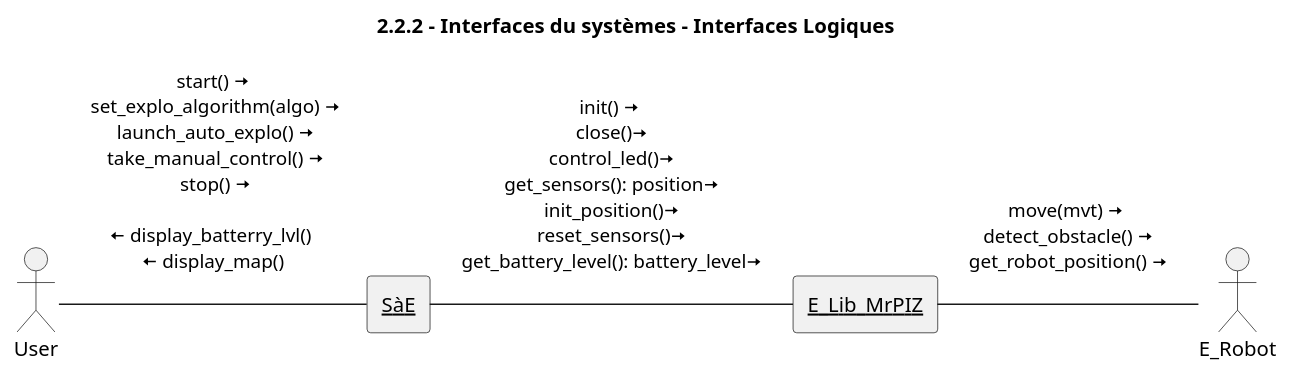
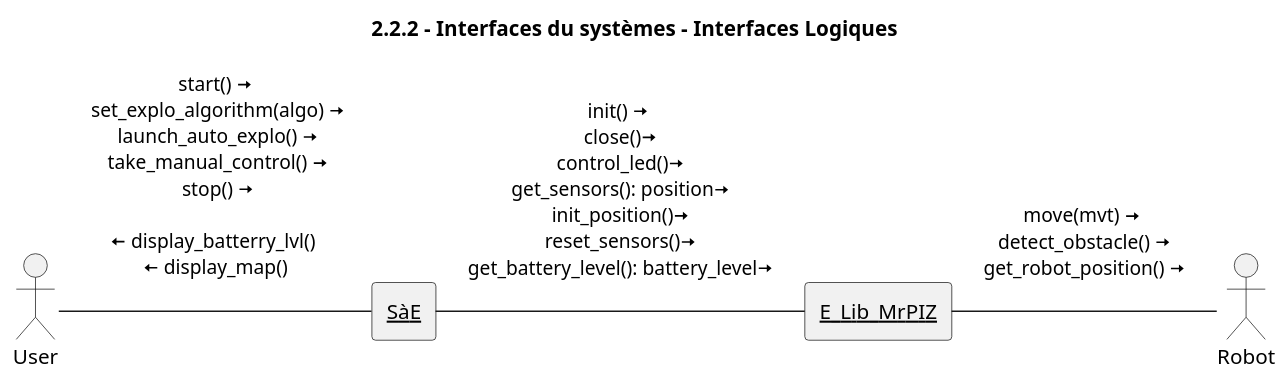
One commit to Larson-09/PATO_Project changed the diagram in Diagrammes UML/2.2.2 - Interfaces du systèmes - Interfaces Logiques/2.2.2 - Interfaces du systèmes - Interfaces Logiques.puml. Above: the diagram before and after it, drawn with PlantUML. The commit also changed 1 other file, not shown here.

Commit message:
Diagramme IHM V1 FR/EN

```diff
--- a/Diagrammes UML/2.2.2 - Interfaces du systèmes - Interfaces Logiques/2.2.2 - Interfaces du systèmes - Interfaces Logiques.puml
+++ b/Diagrammes UML/2.2.2 - Interfaces du systèmes - Interfaces Logiques/2.2.2 - Interfaces du systèmes - Interfaces Logiques.puml
@@ -1,16 +1,16 @@
 @startuml
 title 2.2.2 - Interfaces du systèmes - Interfaces Logiques
 scale 1024*768
 actor User as U
-actor E_Robot as P
+actor Robot as P
 
 rectangle "<u>SàE</u>" as S{
 }
 rectangle "<u>E_Lib_MrPIZ</u>" as L{
 }
 
 
 U -right- S : start() <&arrow-right>\n set_explo_algorithm(algo) <&arrow-right>\n launch_auto_explo() <&arrow-right>\n take_manual_control() <&arrow-right>\n stop() <&arrow-right>\n \n<&arrow-left> display_batterry_lvl() \n <&arrow-left> display_map() \n
 S-right-L : init() <&arrow-right> \n close()<&arrow-right> \n control_led()<&arrow-right> \n get_sensors(): position<&arrow-right> \n init_position()<&arrow-right> \n reset_sensors()<&arrow-right> \n get_battery_level(): battery_level<&arrow-right> \n
 L-right-P : move(mvt) <&arrow-right> \n detect_obstacle() <&arrow-right> \n get_robot_position() <&arrow-right> \n
 @enduml
```
